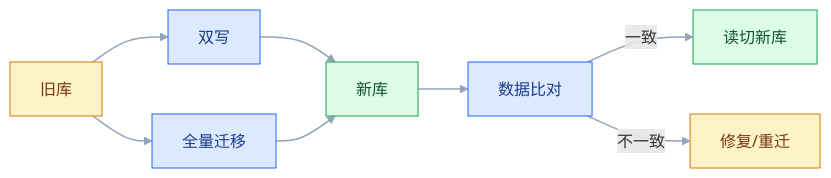
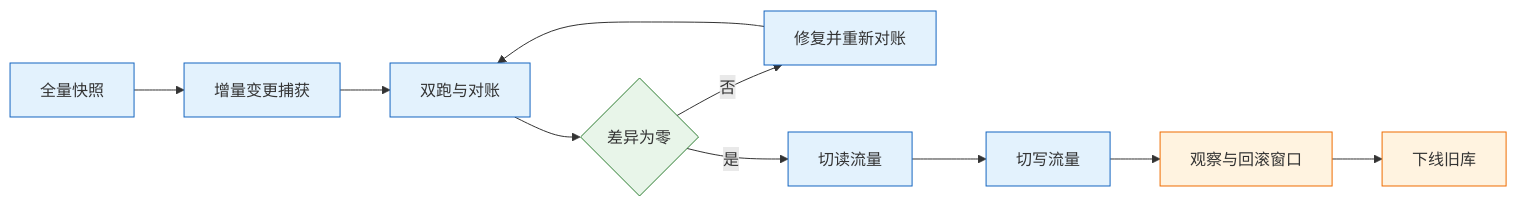
The fourth of 4 diagrams in blog/src/notes/03-架构/04-容量与高可用/03-存储选型与分库分表.md (jimbosuper/studynotes), drawn with Mermaid before and after one commit. The commit also changed other lines of this file and 367 other files, not shown here.

````diff
--- a/blog/src/notes/03-架构/04-容量与高可用/03-存储选型与分库分表.md
+++ b/blog/src/notes/03-架构/04-容量与高可用/03-存储选型与分库分表.md
@@ -96,15 +301,18 @@
 ```mermaid
 flowchart LR
-    classDef old fill:#FEF3C7,stroke:#D97706,color:#78350F
-    classDef new fill:#DCFCE7,stroke:#16A34A,color:#14532D
-    classDef check fill:#DBEAFE,stroke:#2563EB,color:#1E3A8A
-
-    A["旧库"]:::old --> B["双写"]:::check
-    B --> C["新库"]:::new
-    A --> D["全量迁移"]:::check
-    D --> C
-    C --> E["数据比对"]:::check
-    E -->|"一致"| F["读切新库"]:::new
-    E -->|"不一致"| G["修复/重迁"]:::old
-    linkStyle default stroke:#94A3B8,stroke-width:1.5px
+    A["全量快照"] --> B["增量变更捕获"]
+    B --> C["双跑与对账"]
+    C --> D{"差异为零"}
+    D -->|"否"| E["修复并重新对账"]
+    E --> C
+    D -->|"是"| F["切读流量"]
+    F --> G["切写流量"]
+    G --> H["观察与回滚窗口"]
+    H --> I["下线旧库"]
+    classDef client fill:#e3f2fd,stroke:#1565c0;
+    classDef engine fill:#e8f5e9,stroke:#2e7d32;
+    classDef image fill:#fff3e0,stroke:#ef6c00;
+    class A,B,C,E,F,G client
+    class D engine
+    class H,I image
 ```
````
